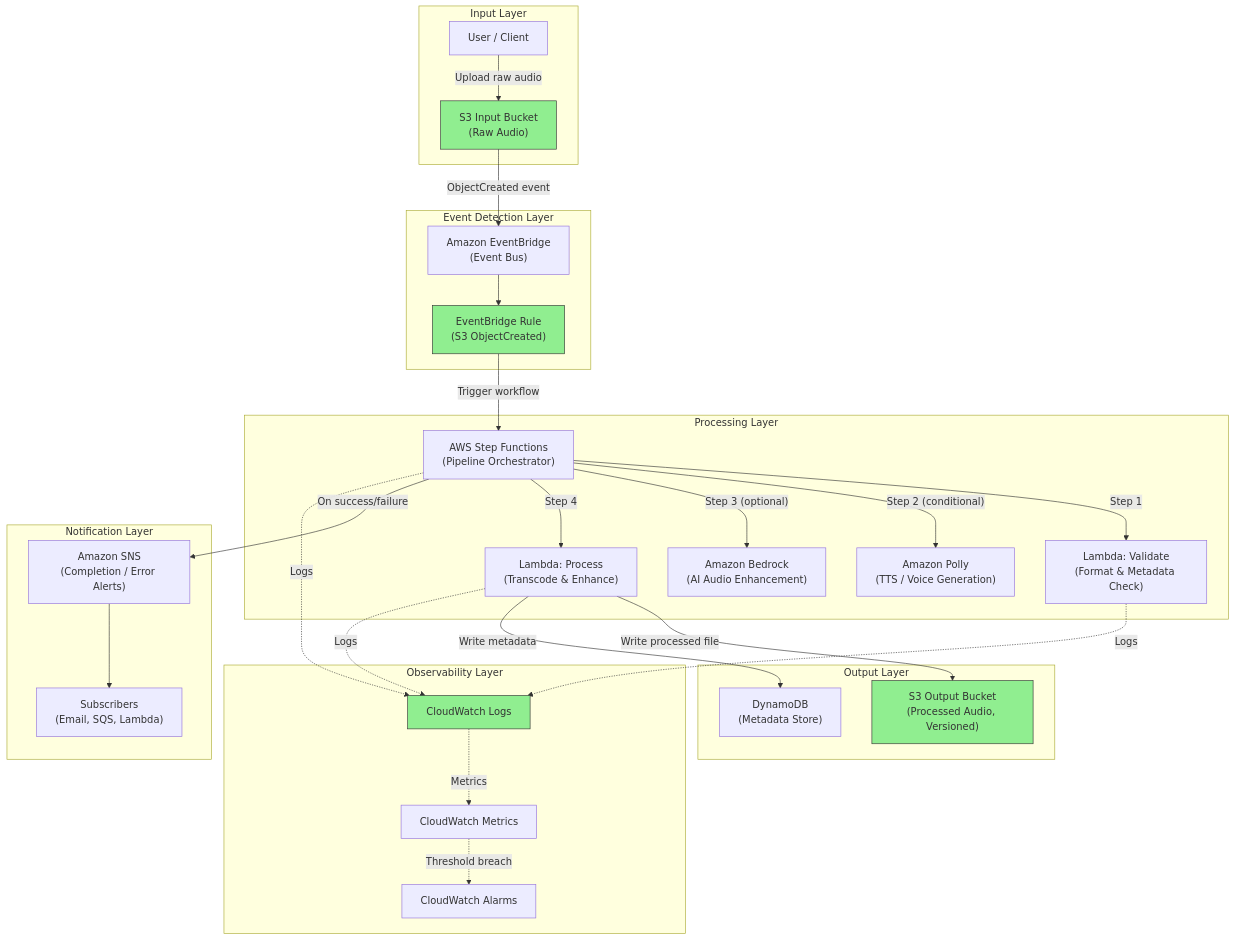
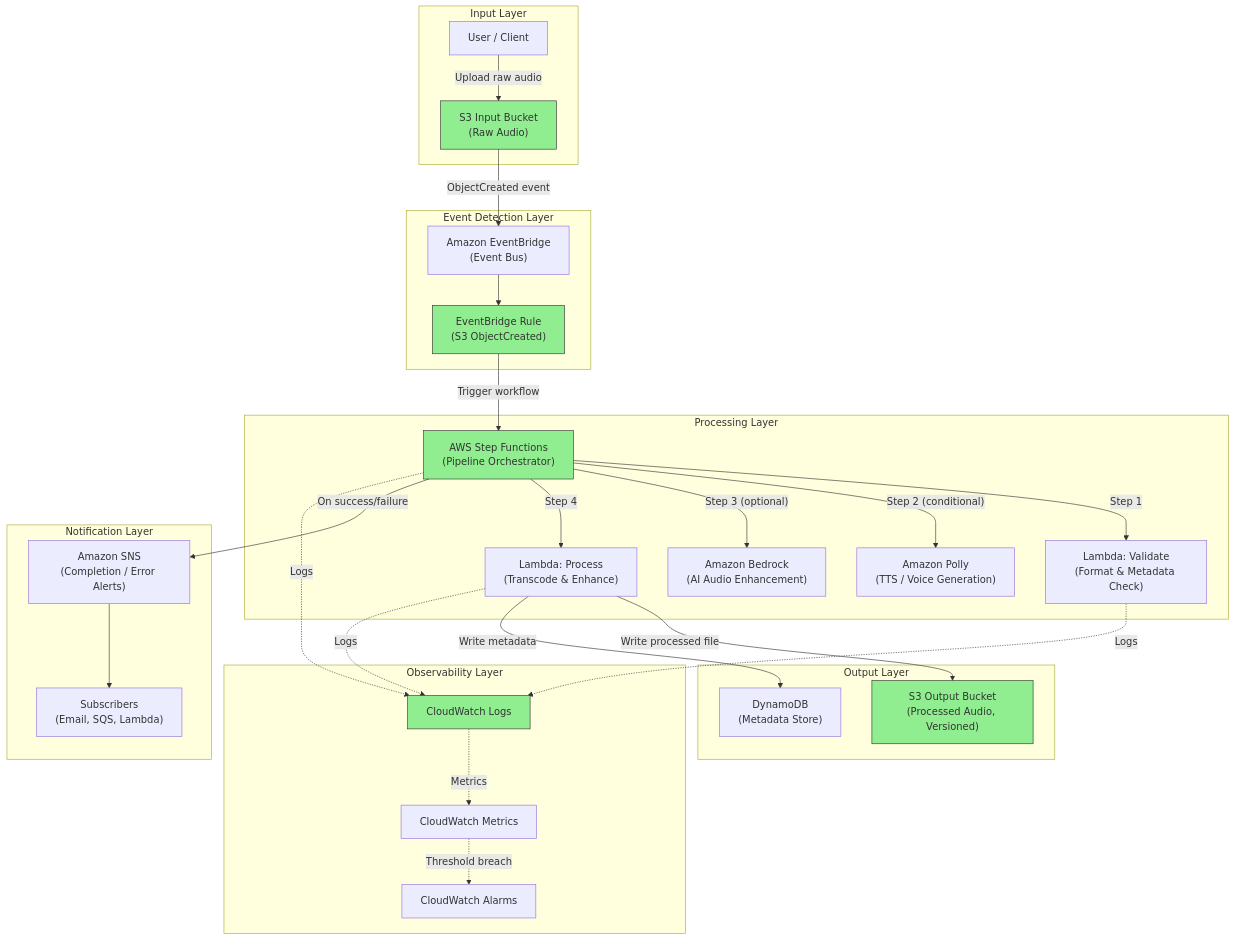
The diagram in ARCHITECTURE.md (obstreperous-ai/cdk-sleep-py-kiro), drawn with Mermaid before and after one commit. The commit also changed other lines of this file and 5 other files, not shown here.

````diff
--- a/ARCHITECTURE.md
+++ b/ARCHITECTURE.md
@@ -42,62 +42,63 @@
 ```mermaid
 flowchart TD
     subgraph Input["Input Layer"]
         User["User / Client"]
         InputBucket["S3 Input Bucket<br/>(Raw Audio)"]
     end
 
     subgraph Events["Event Detection Layer"]
         EB["Amazon EventBridge<br/>(Event Bus)"]
         Rule["EventBridge Rule<br/>(S3 ObjectCreated)"]
     end
 
     subgraph Processing["Processing Layer"]
         SF["AWS Step Functions<br/>(Pipeline Orchestrator)"]
         Validate["Lambda: Validate<br/>(Format & Metadata Check)"]
         Polly["Amazon Polly<br/>(TTS / Voice Generation)"]
         Bedrock["Amazon Bedrock<br/>(AI Audio Enhancement)"]
         Process["Lambda: Process<br/>(Transcode & Enhance)"]
     end
 
     subgraph Output["Output Layer"]
         OutputBucket["S3 Output Bucket<br/>(Processed Audio, Versioned)"]
         DDB["DynamoDB<br/>(Metadata Store)"]
     end
 
     subgraph Notifications["Notification Layer"]
         SNS["Amazon SNS<br/>(Completion / Error Alerts)"]
         Subscribers["Subscribers<br/>(Email, SQS, Lambda)"]
     end
 
     subgraph Observability["Observability Layer"]
         CWLogs["CloudWatch Logs"]
         CWMetrics["CloudWatch Metrics"]
         CWAlarms["CloudWatch Alarms"]
     end
 
     User -->|"Upload raw audio"| InputBucket
     InputBucket -->|"ObjectCreated event"| EB
     EB --> Rule
     Rule -->|"Trigger workflow"| SF
 
     SF -->|"Step 1"| Validate
     SF -->|"Step 2 (conditional)"| Polly
     SF -->|"Step 3 (optional)"| Bedrock
     SF -->|"Step 4"| Process
 
     Process -->|"Write processed file"| OutputBucket
     Process -->|"Write metadata"| DDB
     SF -->|"On success/failure"| SNS
     SNS --> Subscribers
 
     SF -.->|"Logs"| CWLogs
     Validate -.->|"Logs"| CWLogs
     Process -.->|"Logs"| CWLogs
     CWLogs -.->|"Metrics"| CWMetrics
     CWMetrics -.->|"Threshold breach"| CWAlarms
 
     style InputBucket fill:#90EE90,stroke:#333
     style OutputBucket fill:#90EE90,stroke:#333
     style Rule fill:#90EE90,stroke:#333
+    style SF fill:#90EE90,stroke:#333
     style CWLogs fill:#90EE90,stroke:#333
 ```
````
